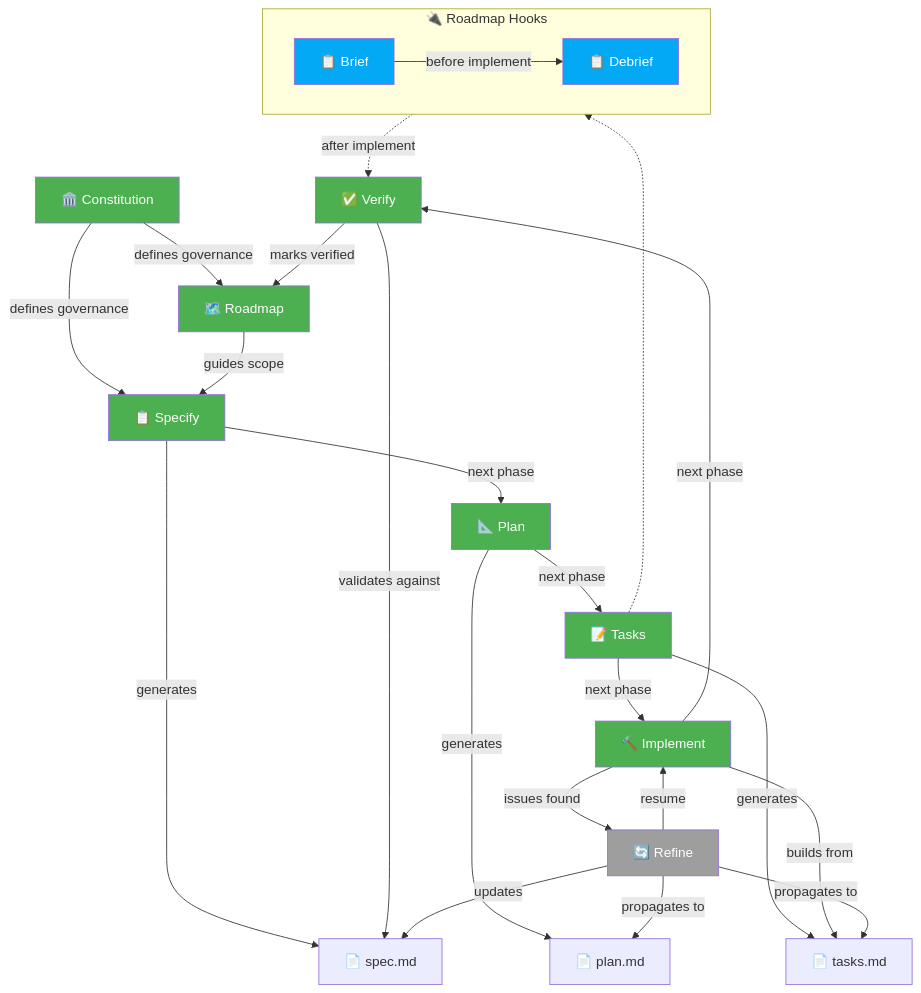
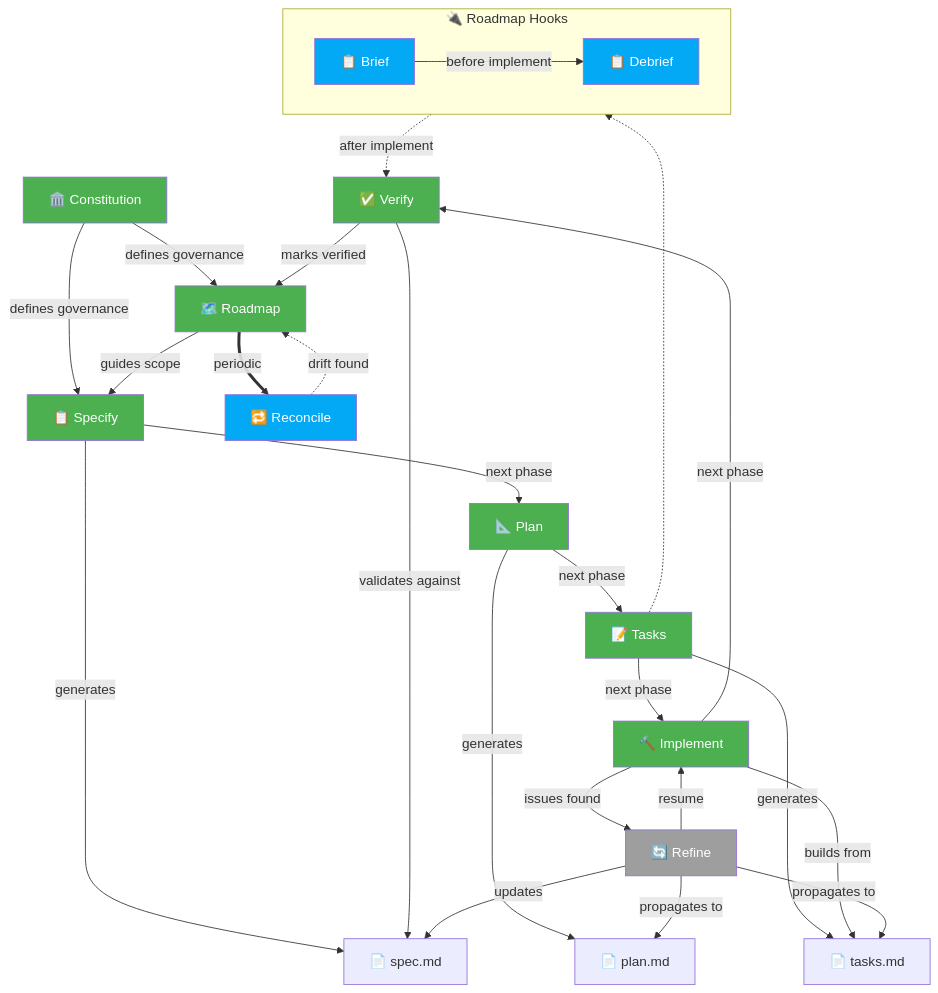
Before and after one commit to CIFO-CTRD0040-Eines-IA-Prog-2026/SideProjectAIdvisor: the second of 5 diagrams in README.md, drawn with Mermaid. The commit also changed other lines of this file, not shown here.

Commit message:
docs: update SDD Mermaid diagrams with reconcile step, task dependency DAG, and legend

````diff
--- a/README.md
+++ b/README.md
@@ -207,41 +207,45 @@
 ```mermaid
 flowchart TD
     A["🏛️ Constitution"] -->|defines governance| R["🗺️ Roadmap"]
     A -->|defines governance| B
     R -->|guides scope| B["📋 Specify"]
     B -->|generates| B1["📄 spec.md"]
     B -->|next phase| C["📐 Plan"]
     C -->|generates| C1["📄 plan.md"]
     C -->|next phase| D["📝 Tasks"]
     D -->|generates| D1["📄 tasks.md"]
     D -->|next phase| E["🔨 Implement"]
 
     subgraph Hooks["🔌 Roadmap Hooks"]
         direction LR
         H1["📋 Brief"] -->|before implement| H2["📋 Debrief"]
     end
     D -.-> H1
     H2 -.->|after implement| F
 
     E -->|builds from| D1
     E -->|next phase| F["✅ Verify"]
     F -->|validates against| B1
     F -->|marks verified| R
 
     E -->|issues found| G["🔄 Refine"]
     G -->|updates| B1
     G -->|propagates to| C1
     G -->|propagates to| D1
     G -->|resume| E
 
+    R ==>|periodic| H3["🔁 Reconcile"]
+    H3 -.->|drift found| R
+
     style A fill:#4CAF50,color:#fff
     style R fill:#4CAF50,color:#fff
     style B fill:#4CAF50,color:#fff
     style C fill:#4CAF50,color:#fff
     style D fill:#4CAF50,color:#fff
     style E fill:#4CAF50,color:#fff
     style F fill:#4CAF50,color:#fff
     style G fill:#9E9E9E,color:#fff
     style H1 fill:#03A9F4,color:#fff
     style H2 fill:#03A9F4,color:#fff
+    style H3 fill:#03A9F4,color:#fff
 ```
````
